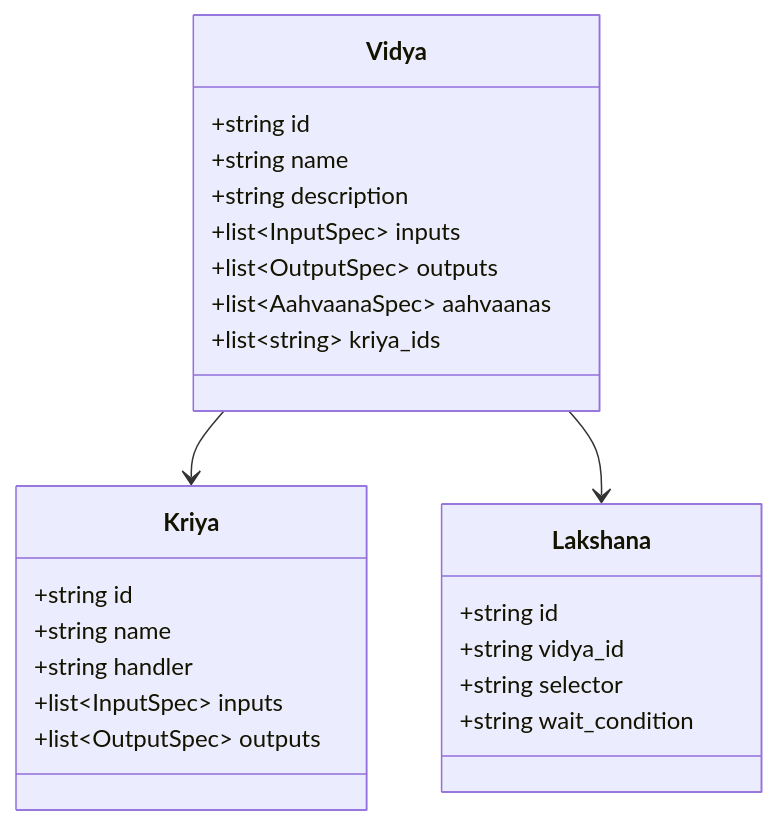
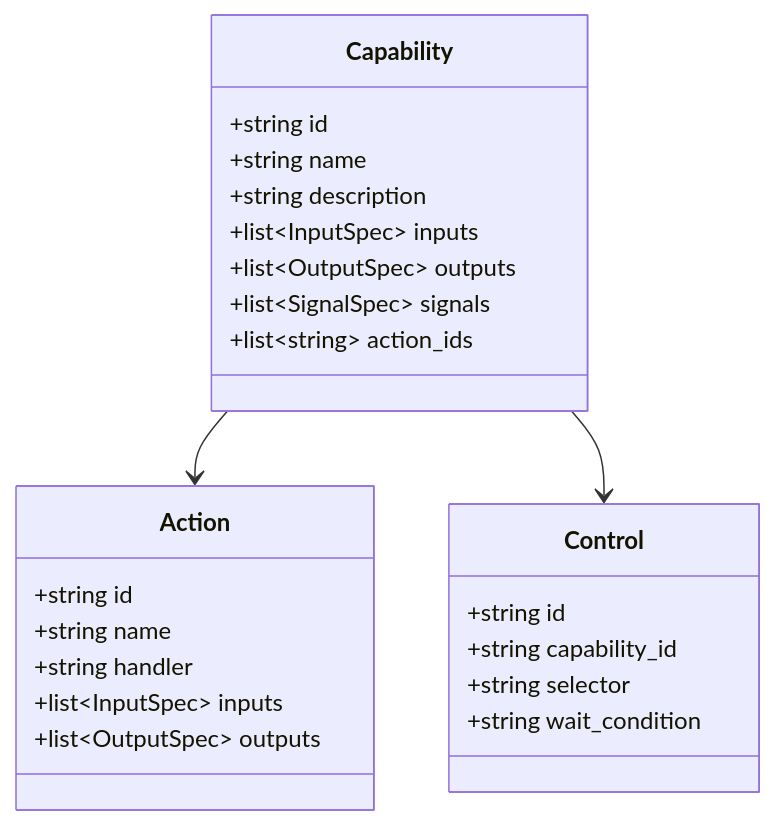
Before and after one commit to so-weak/Aakaar: the fifth of 12 diagrams in documentation/src/02-LLD.md, drawn with Mermaid. The commit also changed other lines of this file and 23 other files, not shown here.

````diff
--- a/documentation/src/02-LLD.md
+++ b/documentation/src/02-LLD.md
@@ -178,27 +181,27 @@
 ```mermaid
 classDiagram
-  class Vidya {
+  class Capability {
     +string id
     +string name
     +string description
     +list~InputSpec~ inputs
     +list~OutputSpec~ outputs
-    +list~AahvaanaSpec~ aahvaanas
-    +list~string~ kriya_ids
+    +list~SignalSpec~ signals
+    +list~string~ action_ids
   }
-  class Kriya {
+  class Action {
     +string id
     +string name
     +string handler
     +list~InputSpec~ inputs
     +list~OutputSpec~ outputs
   }
-  class Lakshana {
+  class Control {
     +string id
-    +string vidya_id
+    +string capability_id
     +string selector
     +string wait_condition
   }
-  Vidya --> Kriya
-  Vidya --> Lakshana
+  Capability --> Action
+  Capability --> Control
 ```
````
